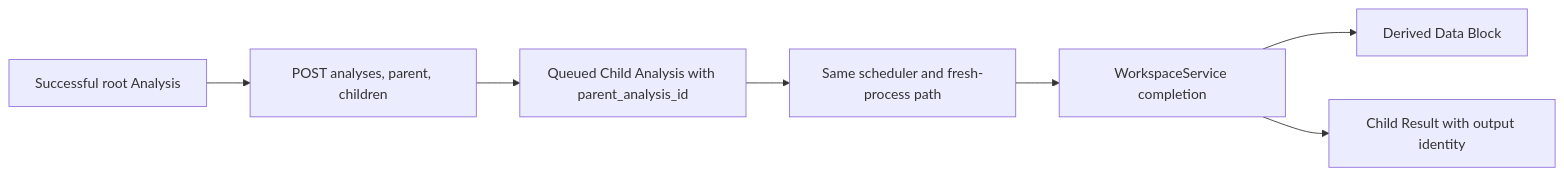
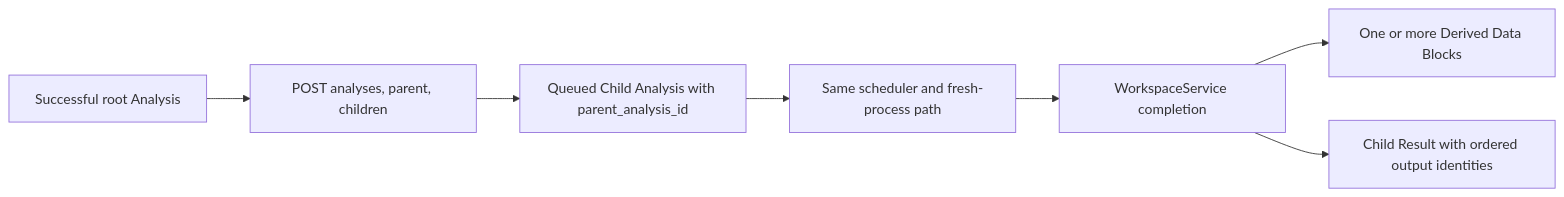
The third of 3 diagrams in docs/architecture/backend/analysis-data-flow.md (Australian-Text-Analytics-Platform/ldaca_web_app), drawn with Mermaid before and after one commit. The commit also changed other lines of this file and 47 other files, not shown here.

````diff
--- a/docs/architecture/backend/analysis-data-flow.md
+++ b/docs/architecture/backend/analysis-data-flow.md
@@ -97,9 +102,9 @@
 ```mermaid
 flowchart LR
     ROOT["Successful root Analysis"] --> CREATE["POST analyses, parent, children"]
     CREATE --> CHILD["Queued Child Analysis with parent_analysis_id"]
     CHILD --> PROCESS["Same scheduler and fresh-process path"]
     PROCESS --> COMMIT["WorkspaceService completion"]
-    COMMIT --> BLOCK["Derived Data Block"]
-    COMMIT --> RESULT["Child Result with output identity"]
+    COMMIT --> BLOCK["One or more Derived Data Blocks"]
+    COMMIT --> RESULT["Child Result with ordered output identities"]
 ```
````
